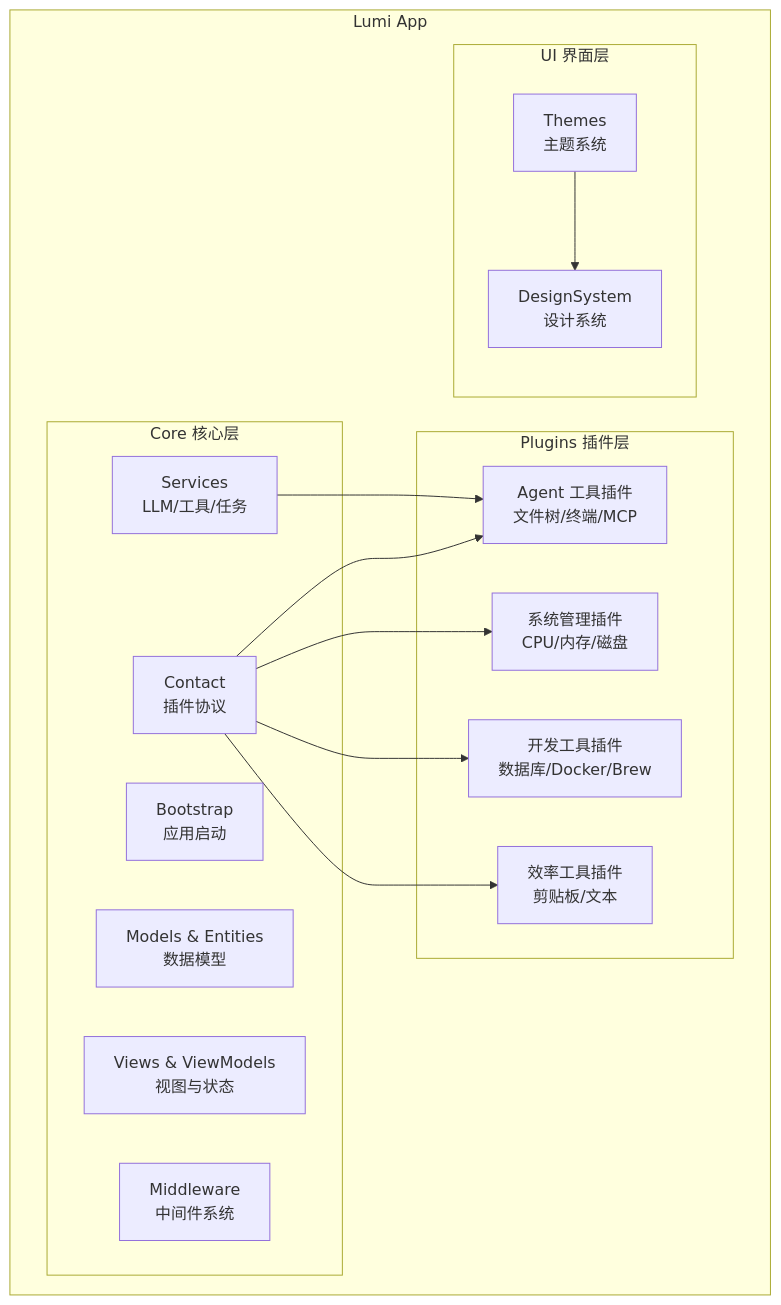
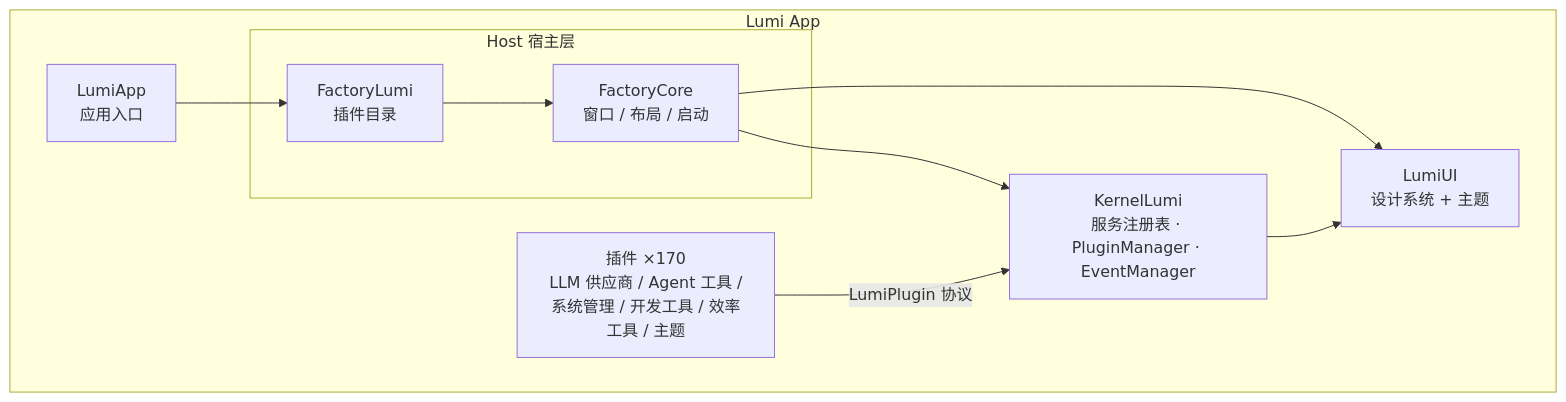
One commit to CofficLab/Lumi changed the first of 2 diagrams in README_zh.md. Above: the diagram before and after it, drawn with Mermaid. The commit also changed other lines of this file and 1 other file, not shown here.

Commit message:
docs: rewrite README with updated features, architecture, and plugin system

````diff
--- a/README_zh.md
+++ b/README_zh.md
@@ -17,32 +36,20 @@
 ```mermaid
 graph TB
     subgraph "Lumi App"
-        subgraph "Core 核心层"
-            A1[Bootstrap<br/>应用启动]
-            A2[Services<br/>LLM/工具/任务]
-            A3[Models & Entities<br/>数据模型]
-            A4[Views & ViewModels<br/>视图与状态]
-            A5[Middleware<br/>中间件系统]
-            A6[Contact<br/>插件协议]
+        APP[LumiApp<br/>应用入口]
+        subgraph "Host 宿主层"
+            FL[FactoryLumi<br/>插件目录]
+            FC[FactoryCore<br/>窗口 / 布局 / 启动]
         end
-        
-        subgraph "Plugins 插件层"
-            B1[Agent 工具插件<br/>文件树/终端/MCP]
-            B2[系统管理插件<br/>CPU/内存/磁盘]
-            B3[开发工具插件<br/>数据库/Docker/Brew]
-            B4[效率工具插件<br/>剪贴板/文本]
-        end
-        
-        subgraph "UI 界面层"
-            C1[Themes<br/>主题系统]
-            C2[DesignSystem<br/>设计系统]
-        end
+        K[KernelLumi<br/>服务注册表 · PluginManager · EventManager]
+        P[插件 ×170<br/>LLM 供应商 / Agent 工具 /<br/>系统管理 / 开发工具 / 效率工具 / 主题]
+        UI[LumiUI<br/>设计系统 + 主题]
     end
-    
-    A6 --> B1
-    A6 --> B2
-    A6 --> B3
-    A6 --> B4
-    A2 --> B1
-    C1 --> C2
+
+    APP --> FL
+    FL --> FC
+    FC --> K
+    P -->|LumiPlugin 协议| K
+    K --> UI
+    FC --> UI
 ```
````
